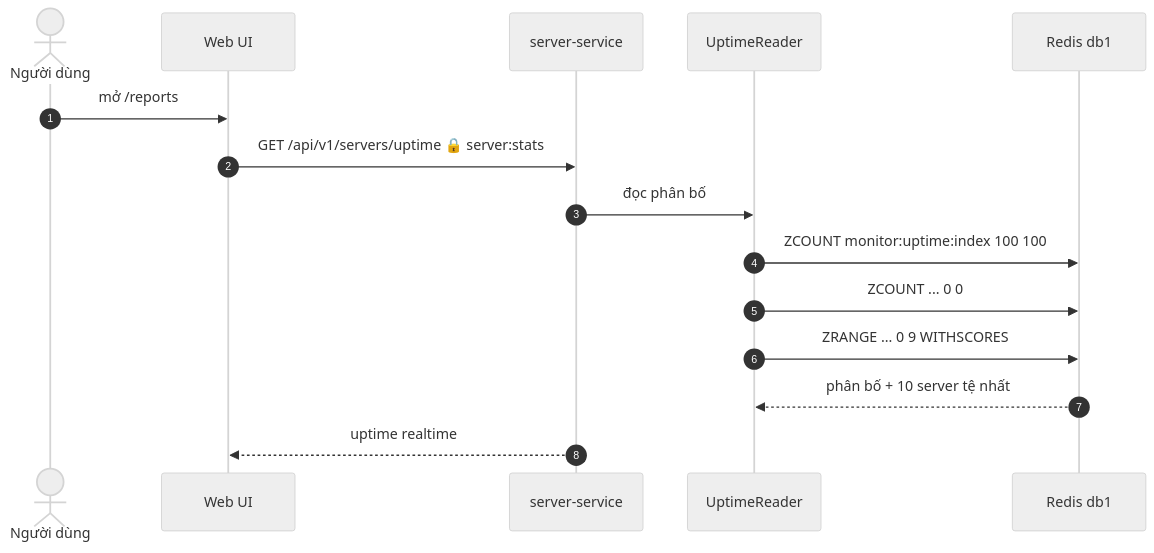
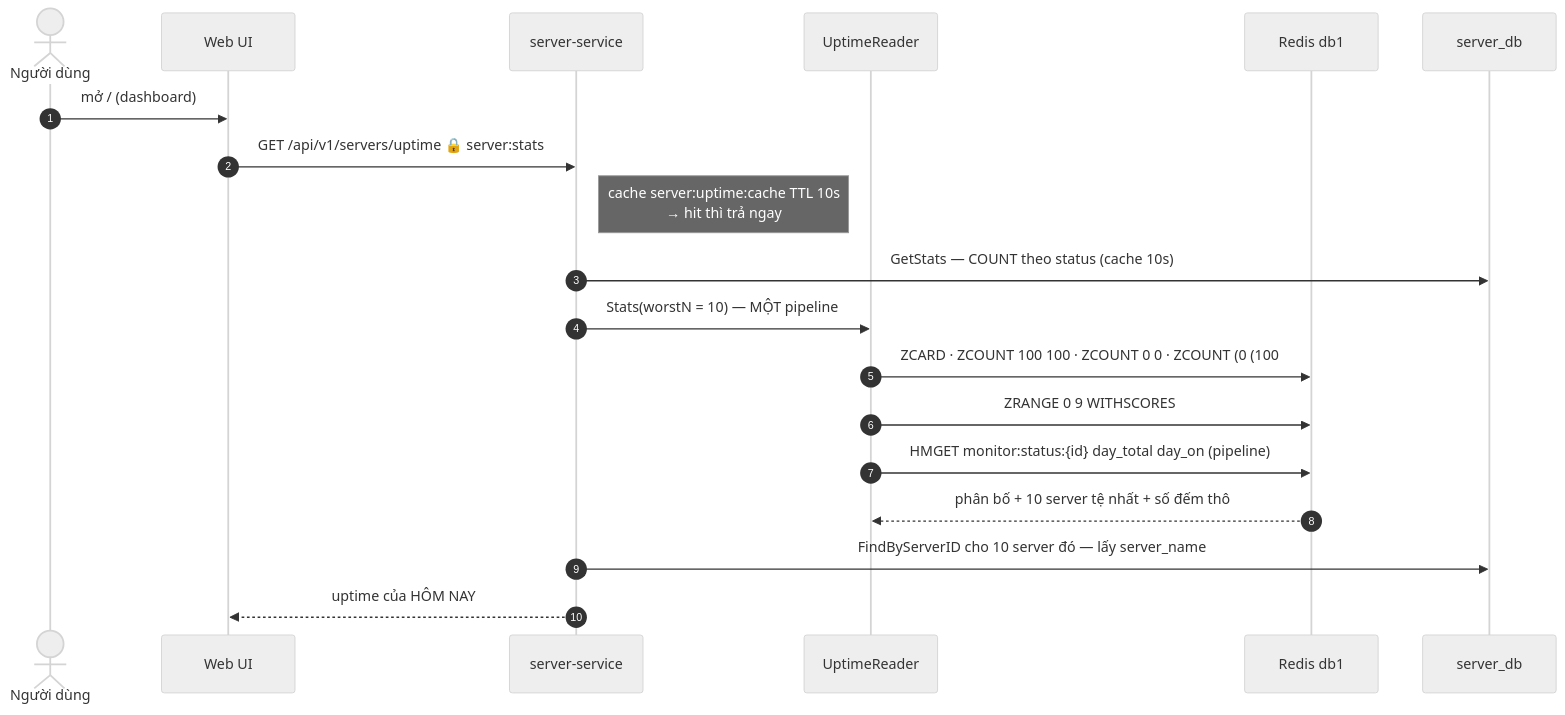
One commit to dwchwang/sms_microservice changed the tenth of 10 diagrams in .claude/diagrams/sequence-diagrams.md. Above: the diagram before and after it, drawn with Mermaid (neutral theme). The commit also changed other lines of this file and 24 other files, not shown here.

````diff
--- a/.claude/diagrams/sequence-diagrams.md
+++ b/.claude/diagrams/sequence-diagrams.md
@@ -274,18 +340,22 @@
 ```mermaid
 sequenceDiagram
     autonumber
     actor U as Người dùng
     participant W as Web UI
     participant S as server-service
     participant UR as UptimeReader
     participant RD as Redis db1
+    participant PG as server_db
 
-    U->>W: mở /reports
+    U->>W: mở / (dashboard)
     W->>S: GET /api/v1/servers/uptime 🔒 server:stats
-    S->>UR: đọc phân bố
-    UR->>RD: ZCOUNT monitor:uptime:index 100 100
-    UR->>RD: ZCOUNT ... 0 0
-    UR->>RD: ZRANGE ... 0 9 WITHSCORES
-    RD-->>UR: phân bố + 10 server tệ nhất
-    S-->>W: uptime realtime
+    note right of S: cache server:uptime:cache TTL 10s<br/>→ hit thì trả ngay
+    S->>PG: GetStats — COUNT theo status (cache 10s)
+    S->>UR: Stats(worstN = 10) — MỘT pipeline
+    UR->>RD: ZCARD · ZCOUNT 100 100 · ZCOUNT 0 0 · ZCOUNT (0 (100
+    UR->>RD: ZRANGE 0 9 WITHSCORES
+    UR->>RD: HMGET monitor:status:{id} day_total day_on (pipeline)
+    RD-->>UR: phân bố + 10 server tệ nhất + số đếm thô
+    S->>PG: FindByServerID cho 10 server đó — lấy server_name
+    S-->>W: uptime của HÔM NAY
 ```
````
